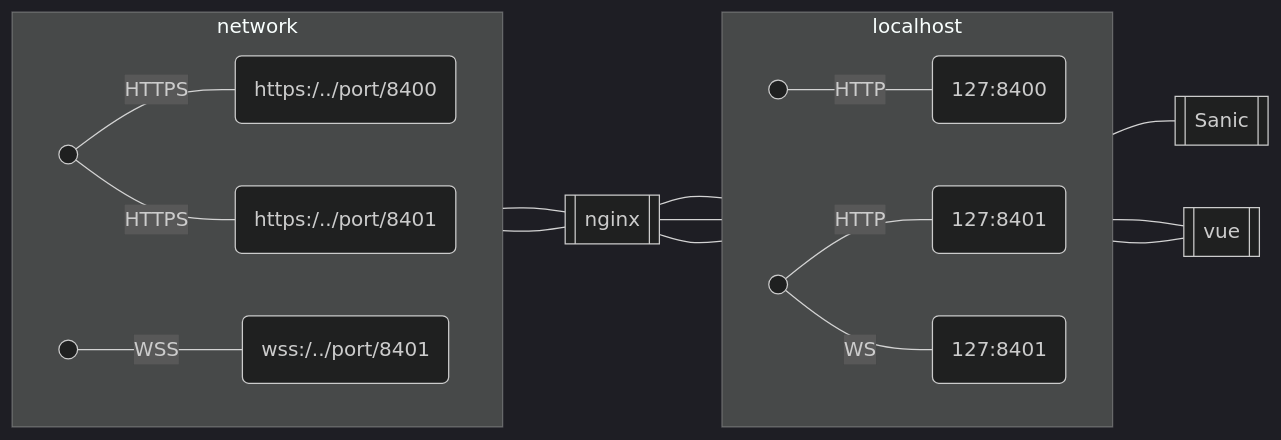
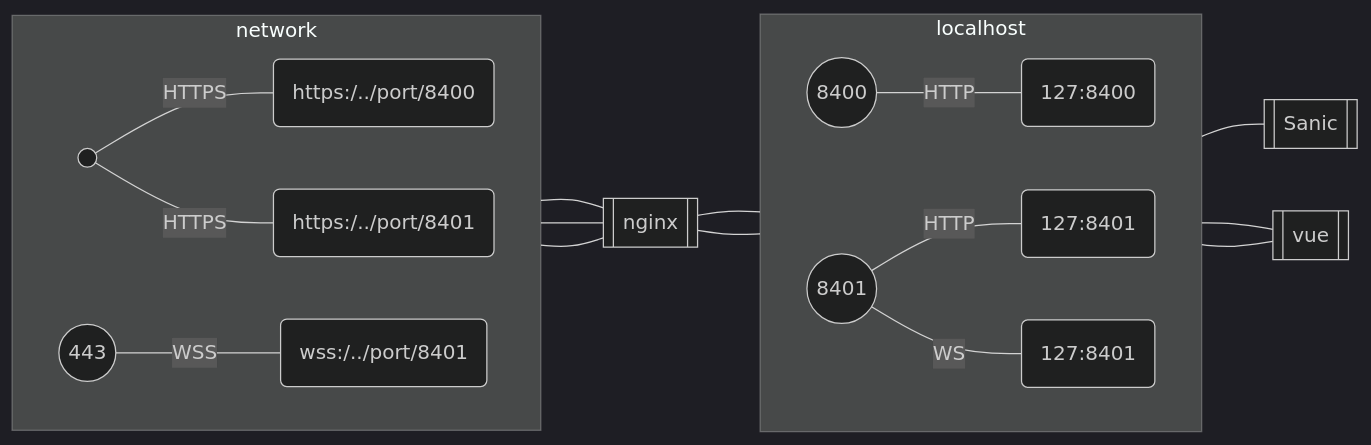
One commit to smucclaw/gsheet changed the second of 4 diagrams in natural4-server/natural4_server/nginx-proxy.md. Above: the diagram before and after it, drawn with Mermaid (dark theme).

Commit message:
Fix diagram 2

````diff
--- a/natural4-server/natural4_server/nginx-proxy.md
+++ b/natural4-server/natural4_server/nginx-proxy.md
@@ -34,26 +34,26 @@
 ```mermaid
 flowchart LR
     subgraph network
         direction LR
         network_tls((  ))-- HTTPS ---network_https_8400(https:/../port/8400)
         network_tls((  ))-- HTTPS ---network_https_8401(https:/../port/8401)
-        network_tls_((  ))-- WSS ---network_wss_8401(wss:/../port/8401)
+        network_tls_(( 443 ))-- WSS ---network_wss_8401(wss:/../port/8401)
     end
     nginx[[nginx]]
     network_https_8400 --- nginx
     network_https_8401 --- nginx
+    network_wss_8401 --- nginx
 
     subgraph localhost
         direction LR
-        loop_8400_port((  ))-- HTTP ---loop_http_8400(127:8400)
-        loop_8401_port((  ))-- HTTP ---loop_http_8401(127:8401)
-        loop_8401_port(( ))-- WS ---loop_ws_8401(127:8401)
+        loop_8400_port(( 8400 ))-- HTTP ---loop_http_8400(127:8400)
+        loop_8401_port(( 8401 ))-- HTTP ---loop_http_8401(127:8401)
+        loop_8401_port(( 8401 ))-- WS ---loop_ws_8401(127:8401)
     end
     loop_http_8400---sanic[[ Sanic ]]
     loop_http_8401---vue[[ vue ]]
     loop_ws_8401---vue
     nginx---loop_8400_port
     nginx---loop_8401_port
-    nginx---loop_8401_port
  
 ```
````
